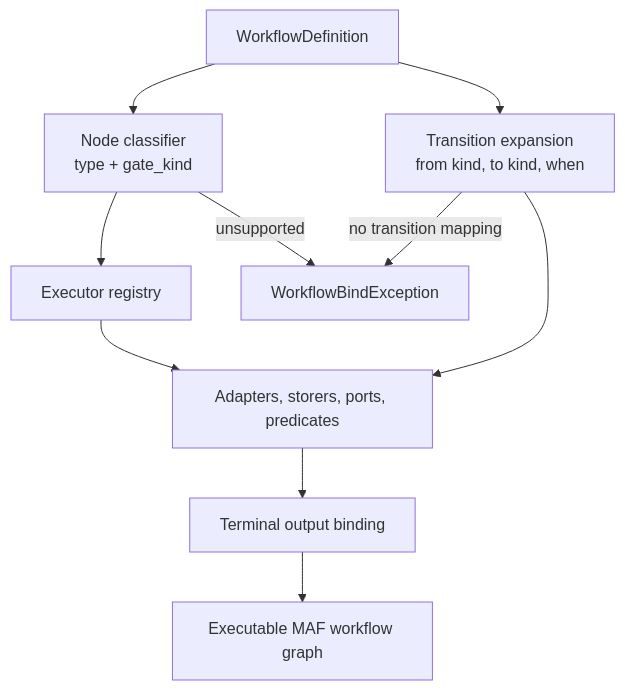
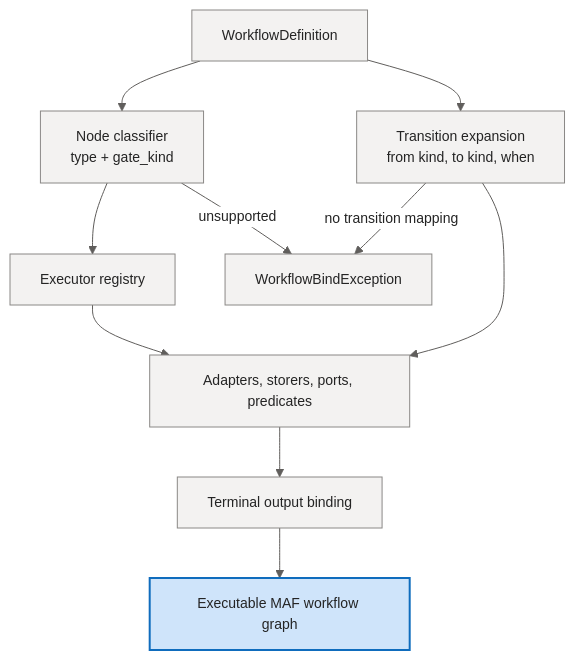
One commit to sabbour/agentweaver changed the tenth of 11 diagrams in docs/deep-dive/workflow-engine.md. Above: the diagram before and after it, drawn with Mermaid. The commit also changed other lines of this file and 13 other files, not shown here.

````diff
--- a/docs/deep-dive/workflow-engine.md
+++ b/docs/deep-dive/workflow-engine.md
@@ -374,18 +498,30 @@
 ```mermaid
+%%{init: {'theme':'base','themeVariables':{'fontFamily':'Segoe UI, system-ui, -apple-system, sans-serif','fontSize':'14px','primaryColor':'#E8EEF9','primaryBorderColor':'#0F6CBD','primaryTextColor':'#242424','lineColor':'#605E5C','clusterBkg':'#FAF9F8','clusterBorder':'#D2D0CE','edgeLabelBackground':'#FFFFFF'}}}%%
 flowchart TD
     Def[WorkflowDefinition]
     Classifier[Node classifier<br/>type + gate_kind]
     Factory[Executor registry]
     EdgeMap[Transition expansion<br/>from kind, to kind, when]
     Plumbing[Adapters, storers, ports, predicates]
     Outputs[Terminal output binding]
     Graph[Executable MAF workflow graph]
     Error[WorkflowBindException]
 
     Def --> Classifier --> Factory
     Def --> EdgeMap
     Factory --> Plumbing
     EdgeMap --> Plumbing --> Outputs --> Graph
     Classifier -- unsupported --> Error
     EdgeMap -- no transition mapping --> Error
+
+    classDef client fill:#E8EEF9,stroke:#0F6CBD,stroke-width:1px,color:#242424;
+    classDef svc fill:#F3F2F1,stroke:#8A8886,stroke-width:1px,color:#242424;
+    classDef core fill:#CFE4FA,stroke:#0F6CBD,stroke-width:2px,color:#242424;
+    classDef data fill:#FFF4CE,stroke:#C19C00,stroke-width:1px,color:#242424;
+    classDef ext fill:#F0E8F8,stroke:#8764B8,stroke-width:1px,color:#242424;
+    classDef runtime fill:#DDF3DD,stroke:#107C10,stroke-width:1px,color:#242424;
+    classDef evt fill:#D6F0F0,stroke:#038387,stroke-width:1px,color:#242424;
+
+    class Def,Classifier,Factory,EdgeMap,Plumbing,Outputs,Error svc;
+    class Graph core;
 ```
````
